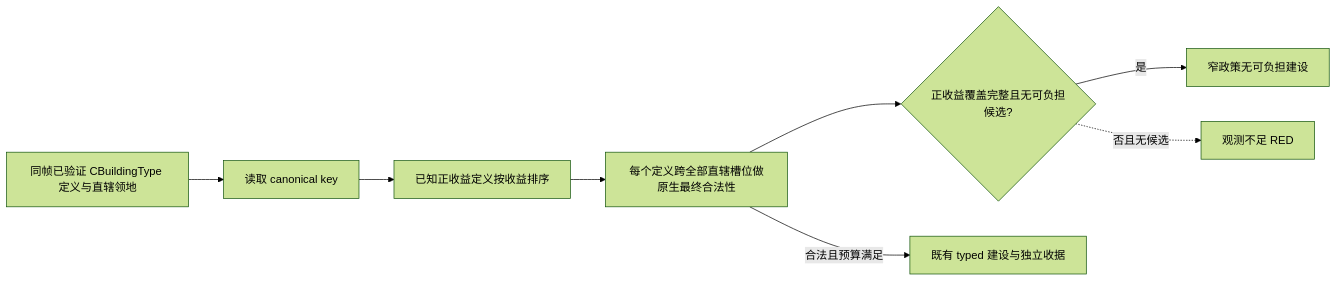
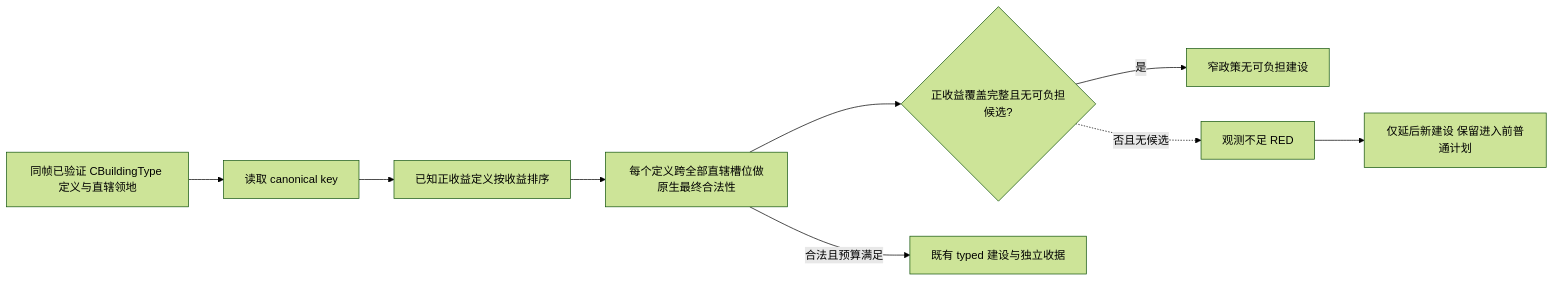
The second of 5 diagrams in docs/ck3-native-ai/domain-construction-ai.md (XenoAmess/ck3_eternal_recurrence), drawn with Mermaid (forest theme) before and after one commit. The commit also changed other lines of this file and 3 other files, not shown here.

````diff
--- a/docs/ck3-native-ai/domain-construction-ai.md
+++ b/docs/ck3-native-ai/domain-construction-ai.md
@@ -392,10 +394,11 @@
 ```mermaid
 flowchart LR
     M[同帧已验证 CBuildingType 定义与直辖领地] --> K[读取 canonical key]
     K --> P[已知正收益定义按收益排序]
     P --> H[每个定义跨全部直辖槽位做原生最终合法性]
     H --> C{正收益覆盖完整且无可负担候选?}
     C -->|是| N[窄政策无可负担建设]
     C -.->|否且无候选| R[观测不足 RED]
+    R --> O[仅延后新建设 保留进入前普通计划]
     H -->|合法且预算满足| A[既有 typed 建设与独立收据]
 ```
````
